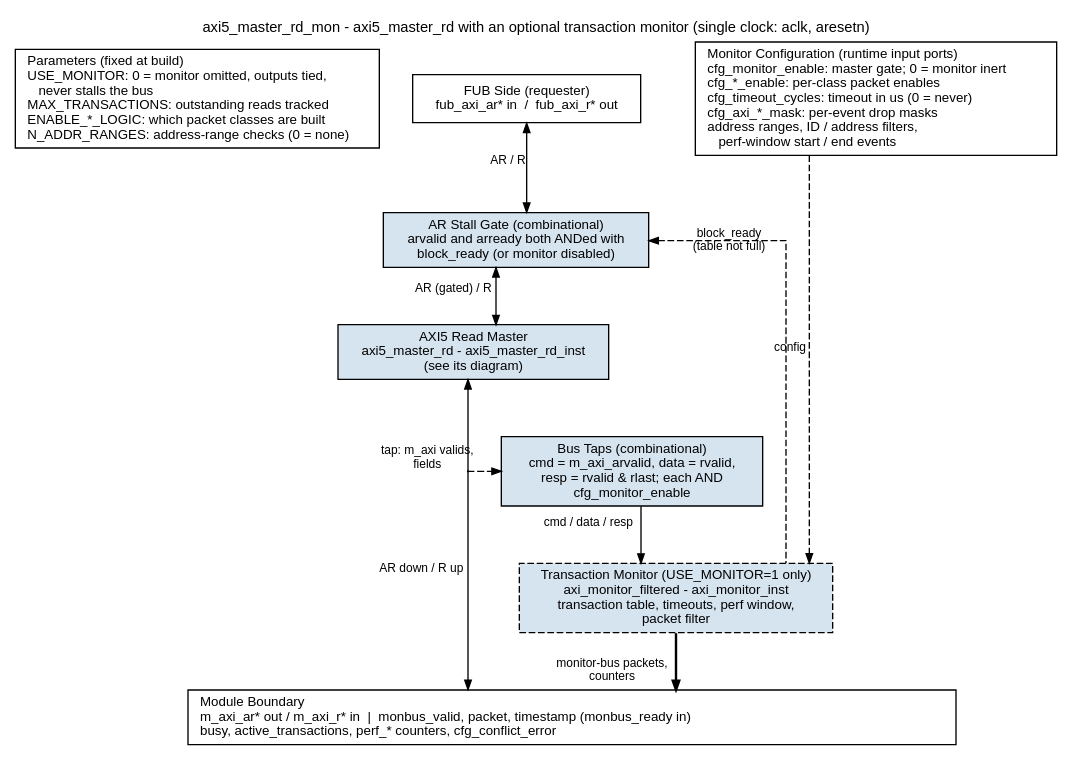
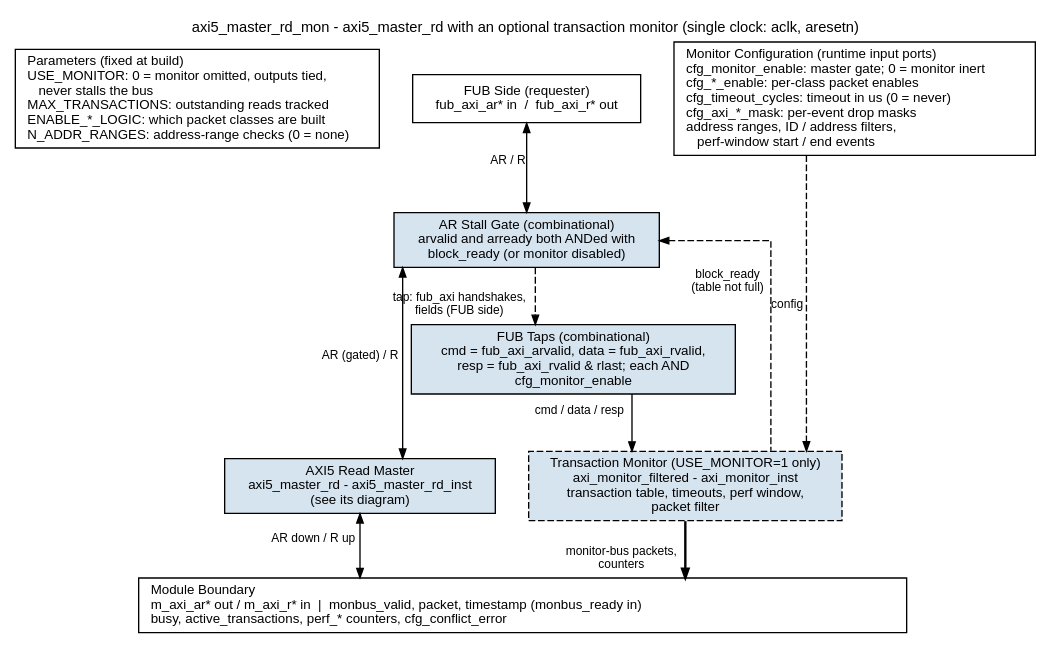
Before and after one commit to sean-galloway/RTLDesignSherpa: the diagram in docs/markdown/assets/rtl-amba/graphviz/axi5_master_rd_mon.dot, drawn with Graphviz. The commit also changed 118 other files, not shown here.

First line of the commit message:
fix(amba): monitors tap the FUB side; consistent busy; EARLY_BURSTS (Fixes #108, Fixes #113)

```diff
--- a/docs/markdown/assets/rtl-amba/graphviz/axi5_master_rd_mon.dot
+++ b/docs/markdown/assets/rtl-amba/graphviz/axi5_master_rd_mon.dot
@@ -1,44 +1,41 @@
 // axi5_master_rd_mon block diagram - house style (vault/handbook/authoring/block-diagrams.md).
 // Monitored wrapper: the base axi5_master_rd is one child box (see its own diagram).
 // AXI traffic runs down the left column through the AR stall gate; the monitor taps the
-// m_axi side and emits monitor-bus packets (the heavy edge). A full transaction table
+// FUB side at the stall gate (owner rule: monitors tap the FUB side, for timing) and emits monitor-bus packets (the heavy edge). A full transaction table
 // pushes back on the AR gate through block_ready.
 // Source of truth: rtl/amba/axi5/axi5_master_rd_mon.sv.
 digraph axi5_master_rd_mon {
     graph [rankdir=TB, bgcolor="white", fontname="Helvetica", fontsize=11,
            nodesep="0.35", ranksep="0.60", splines=ortho, newrank=true,
            label="axi5_master_rd_mon - axi5_master_rd with an optional transaction monitor (single clock: aclk, aresetn)",
            labelloc=t, labeljust=c];
     node  [fontname="Helvetica", fontsize=10, shape=box, style=filled,
            fillcolor="#D6E4F0", color="black", margin="0.12,0.06"];
     edge  [fontname="Helvetica", fontsize=9, color="black", arrowsize=0.7];
 
     prm  [label="Parameters (fixed at build)\lUSE_MONITOR: 0 = monitor omitted, outputs tied,\l    never stalls the bus\lMAX_TRANSACTIONS: outstanding reads tracked\lENABLE_*_LOGIC: which packet classes are built\lN_ADDR_RANGES: address-range checks (0 = none)\l", fillcolor="white"];
     fub  [label="FUB Side (requester)\nfub_axi_ar* in  /  fub_axi_r* out", fillcolor="white"];
     cfg  [label="Monitor Configuration (runtime input ports)\lcfg_monitor_enable: master gate; 0 = monitor inert\lcfg_*_enable: per-class packet enables\lcfg_timeout_cycles: timeout in us (0 = never)\lcfg_axi_*_mask: per-event drop masks\laddress ranges, ID / address filters,\l    perf-window start / end events\l", fillcolor="white"];
 
     gate [label="AR Stall Gate (combinational)\narvalid and arready both ANDed with\nblock_ready (or monitor disabled)"];
     base [label="AXI5 Read Master\naxi5_master_rd - axi5_master_rd_inst\n(see its diagram)"];
-    taps [label="Bus Taps (combinational)\ncmd = m_axi_arvalid, data = rvalid,\nresp = rvalid & rlast; each AND\ncfg_monitor_enable"];
+    taps [label="FUB Taps (combinational)\ncmd = fub_axi_arvalid, data = fub_axi_rvalid,\nresp = fub_axi_rvalid & rlast; each AND\ncfg_monitor_enable"];
     mon  [label="Transaction Monitor (USE_MONITOR=1 only)\naxi_monitor_filtered - axi_monitor_inst\ntransaction table, timeouts, perf window,\npacket filter", style="filled,dashed"];
 
     bar  [label="Module Boundary\lm_axi_ar* out / m_axi_r* in  |  monbus_valid, packet, timestamp (monbus_ready in)\lbusy, active_transactions, perf_* counters, cfg_conflict_error\l",
           fillcolor="white", width=8.0];
 
     // AXI path: down the left (requests down, responses back up on the same pair)
     fub  -> gate [dir=both, xlabel="AR / R"];
     gate -> base [dir=both, xlabel="AR (gated) / R"];
-    p_ax [shape=point, width=0.01];
-    base -> p_ax [dir=back, headclip=false];
-    p_ax -> bar  [dir=forward, tailclip=false, xlabel="AR down / R up"];
+    base -> bar  [dir=both, xlabel="AR down / R up"];
     // observation and packets
-    p_ax -> taps [style=dashed, tailclip=false, xlabel="tap: m_axi valids,\nfields"];
+    gate -> taps [style=dashed, xlabel="tap: fub_axi handshakes,\nfields (FUB side)"];
     taps -> mon  [xlabel="cmd / data / resp"];
     mon  -> bar  [penwidth=1.8, xlabel="monitor-bus packets,\ncounters"];
-    gate -> mon  [style=dashed, dir=back, constraint=false, taillabel="block_ready\n(table not full)", labelangle=0, labeldistance=6];
+    gate -> mon  [style=dashed, dir=back, constraint=false, xlabel="block_ready\n(table not full)"];
     cfg  -> mon  [style=dashed, xlabel="config"];
 
     { rank=same; prm; fub; cfg; }
-    { rank=same; taps; p_ax; }
     prm -> fub [style=invis]; fub -> cfg [style=invis];
 }
```
